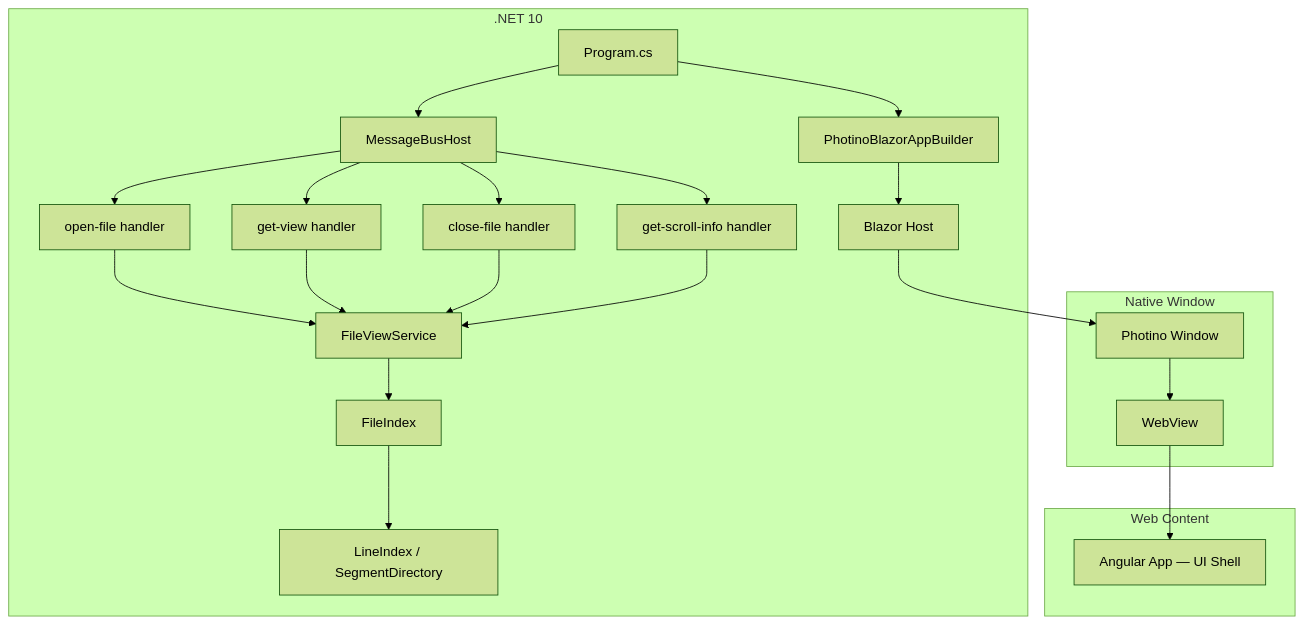
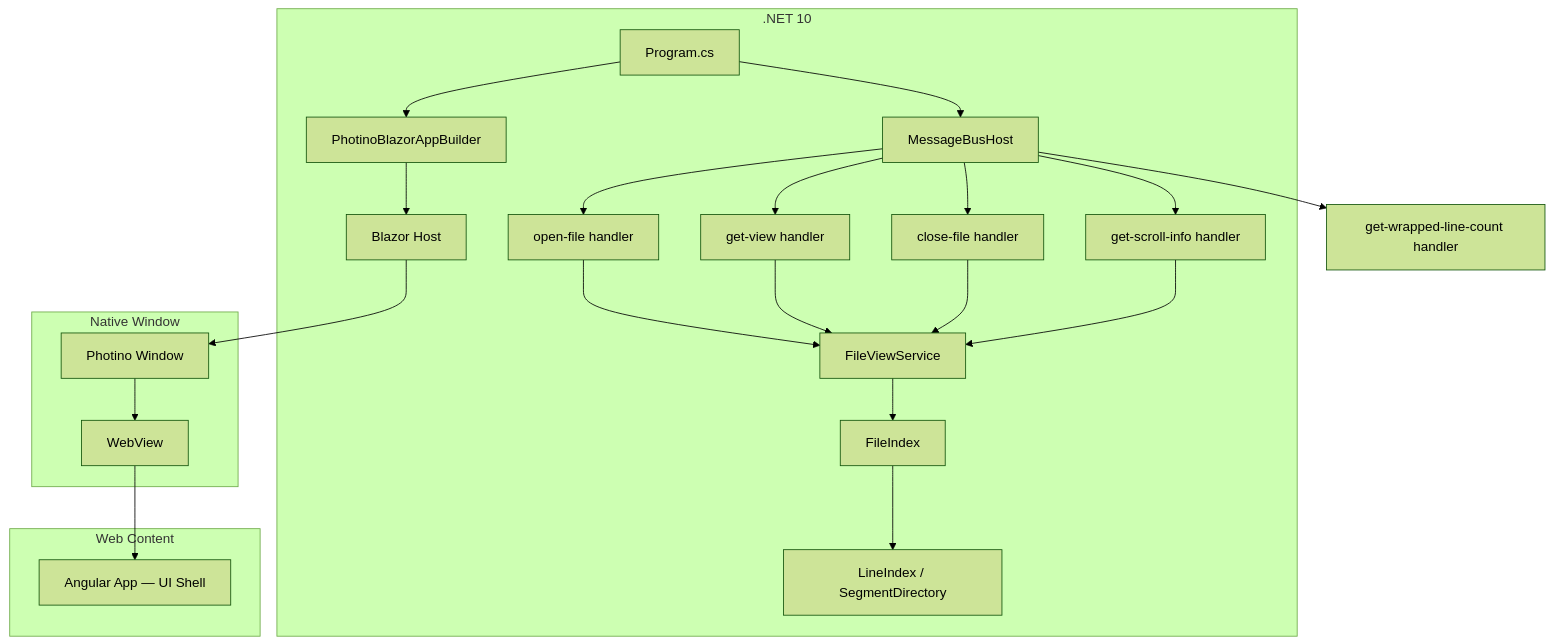
One commit to HerrDmitry/TextViewer changed the diagram in .kiro/specs/_global/design.md. Above: the diagram before and after it, drawn with Mermaid (forest theme). The commit also changed other lines of this file and 5 other files, not shown here.

Commit message:
docs: add wrapped-line-count to _global, update cross-refs

````diff
--- a/.kiro/specs/_global/design.md
+++ b/.kiro/specs/_global/design.md
@@ -24,29 +26,30 @@
 ```mermaid
 graph TD
     A[Program.cs] --> B[PhotinoBlazorAppBuilder]
     B --> C[Blazor Host]
     C --> D[Photino Window]
     D --> E[WebView]
     E --> F[Angular App — UI Shell]
     A --> G[MessageBusHost]
     G --> H[open-file handler]
     G --> H2[get-view handler]
     G --> H3[close-file handler]
     G --> H4[get-scroll-info handler]
+    G --> H5[get-wrapped-line-count handler]
     H --> I[FileViewService]
     H2 --> I
     H3 --> I
     H4 --> I
     I --> J[FileIndex]
     J --> K[LineIndex / SegmentDirectory]
 
     subgraph ".NET 10"
         A; B; C; G; H; H2; H3; H4; I; J; K
     end
     subgraph "Native Window"
         D; E
     end
     subgraph "Web Content"
         F
     end
 ```
````
